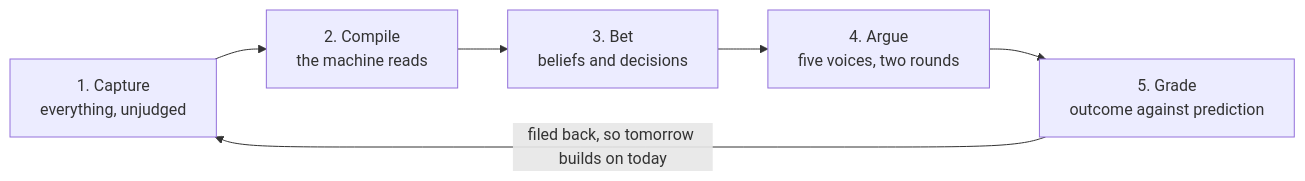
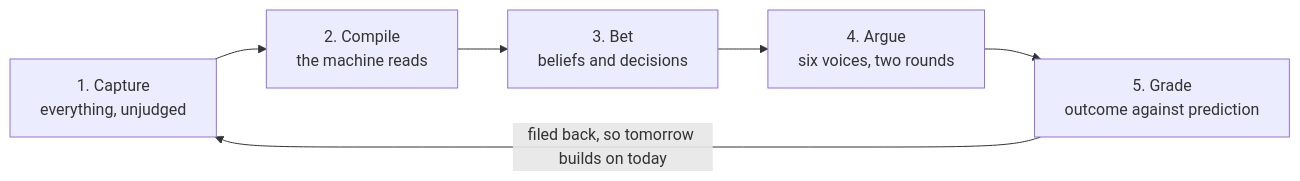
Before and after one commit to ezapmar/brainless-public: the first of 3 diagrams in README.md, drawn with Mermaid. The commit also changed other lines of this file and 104 other files, not shown here.

````diff
--- a/README.md
+++ b/README.md
@@ -84,8 +84,8 @@
 ```mermaid
 flowchart LR
   C["1. Capture<br/>everything, unjudged"] --> M["2. Compile<br/>the machine reads"]
   M --> B["3. Bet<br/>beliefs and decisions"]
-  B --> A["4. Argue<br/>five voices, two rounds"]
+  B --> A["4. Argue<br/>six voices, two rounds"]
   A --> G["5. Grade<br/>outcome against prediction"]
   G -->|"filed back, so tomorrow builds on today"| C
 ```
````
